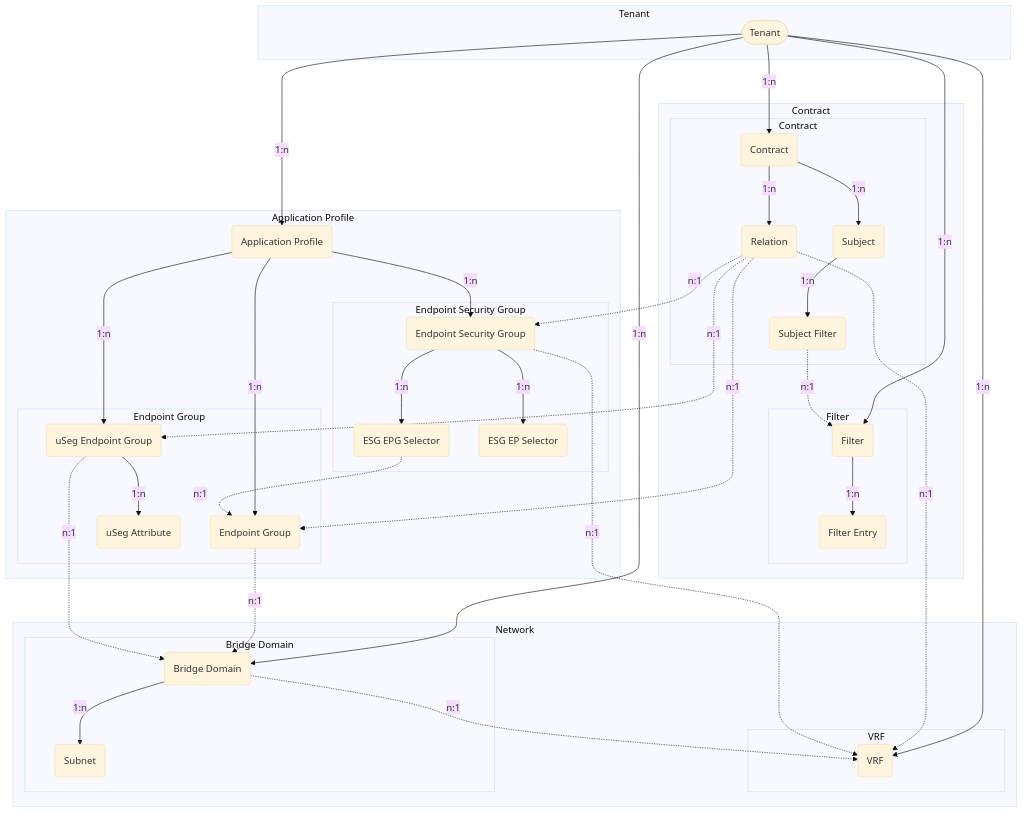
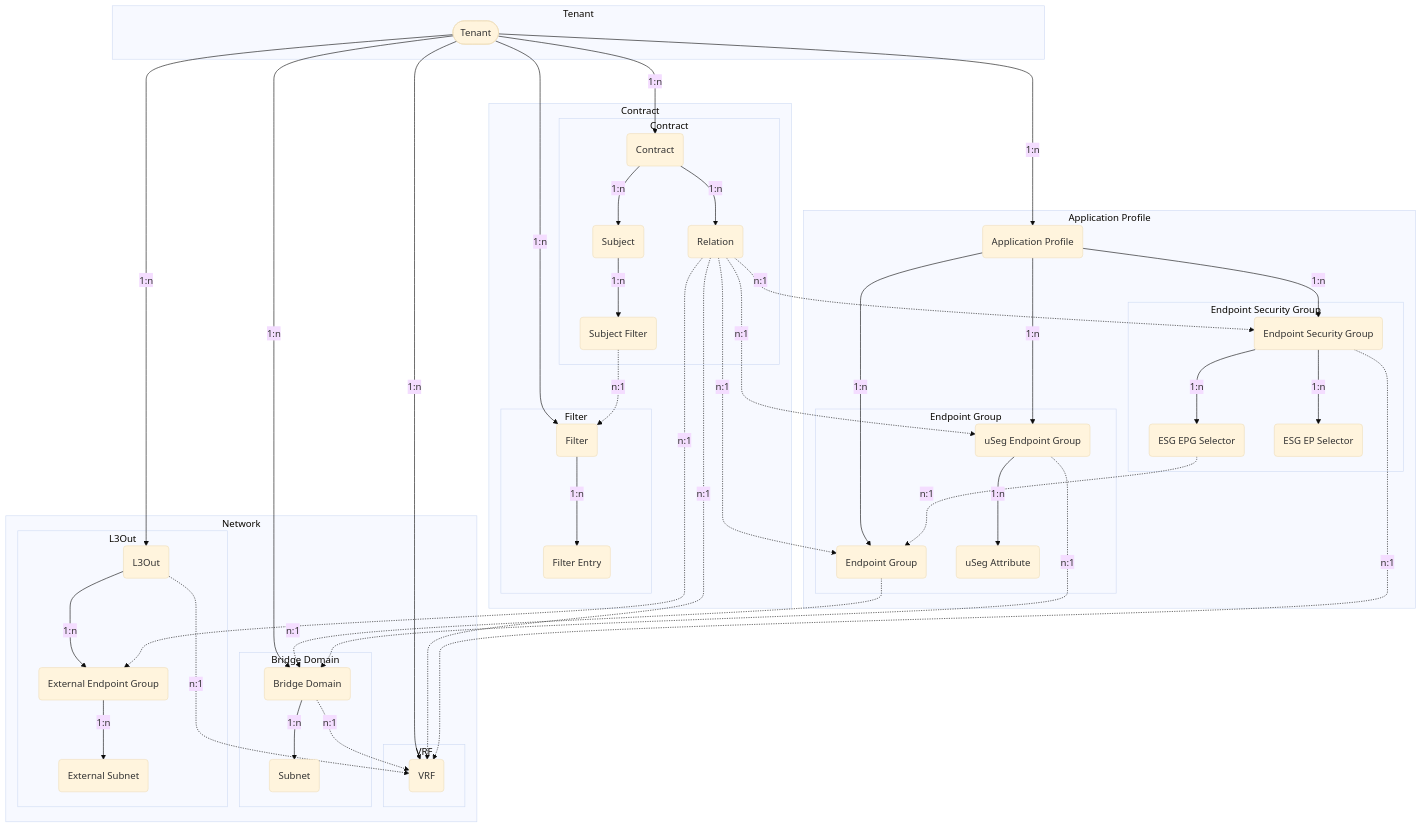
The diagram in docs/features/tenants.md (pheus/netbox-aci-plugin), drawn with Mermaid (base theme) before and after one commit. The commit also changed 1 other file, not shown here.

Commit message:
docs(tenants): Add L3Out models to relationship graphs

````diff
--- a/docs/features/tenants.md
+++ b/docs/features/tenants.md
@@ -6,71 +6,81 @@
 ```mermaid
 flowchart TD
     TN([Tenant])
     AP(Application Profile)
     EPG(Endpoint Group)
     USEGEPG(uSeg Endpoint Group)
     USEGATTR(uSeg Attribute)
     ESG(Endpoint Security Group)
     ESGEPGSEL(ESG EPG Selector)
     ESGEPSEL(ESG EP Selector)
     VRF(VRF)
     BD(Bridge Domain)
     SN(Subnet)
     CT(Contract)
     CTR(Relation)
     SJ(Subject)
     SJF(Subject Filter)
     FT(Filter)
     FTE(Filter Entry)
+    L3O(L3Out)
+    EXTEPG(External Endpoint Group)
+    EXTSN(External Subnet)
     subgraph graphTN [Tenant]
         TN
     end
     subgraph graphAP [Application Profile]
         AP
         TN -->|1:n| AP
         AP -->|1:n| EPG
         AP -->|1:n| USEGEPG
         subgraph graphEPG [Endpoint Group]
             EPG
             USEGEPG -->|1:n| USEGATTR
         end
         AP -->|1:n| ESG
         subgraph graphESG [Endpoint Security Group]
             ESG
             ESG -->|1:n| ESGEPGSEL
             ESG -->|1:n| ESGEPSEL
         end
     end
     subgraph graphNW [Network]
         TN -->|1:n| VRF
         subgraph graphVRF [VRF]
             VRF
         end
         BD -.->|n:1| VRF
         subgraph graphBD [Bridge Domain]
             TN -->|1:n| BD
             BD -->|1:n| SN
         end
+        subgraph graphL3O [L3Out]
+            TN -->|1:n| L3O
+            L3O -->|1:n| EXTEPG
+            EXTEPG -->|1:n| EXTSN
+        end
+        L3O -.->|n:1| VRF
     end
     subgraph graphCT [Contract]
         subgraph graphCTS [Contract]
             TN -->|1:n| CT
             CT -->|1:n| SJ
             CT -->|1:n| CTR
             SJ -->|1:n| SJF
         end
         subgraph graphFT [Filter]
             TN -->|1:n| FT
             FT -->|1:n| FTE
         end
         SJF -.->|n:1| FT
         CTR -.->|n:1| EPG
         CTR -.->|n:1| USEGEPG
         CTR -.->|n:1| ESG
         CTR -.->|n:1| VRF
+        CTR -.->|n:1| EXTEPG
     end
     EPG -.->|n:1| BD
     USEGEPG -.->|n:1| BD
     ESG -.->|n:1| VRF
     ESGEPGSEL -.->|n:1| EPG
 ```
````
